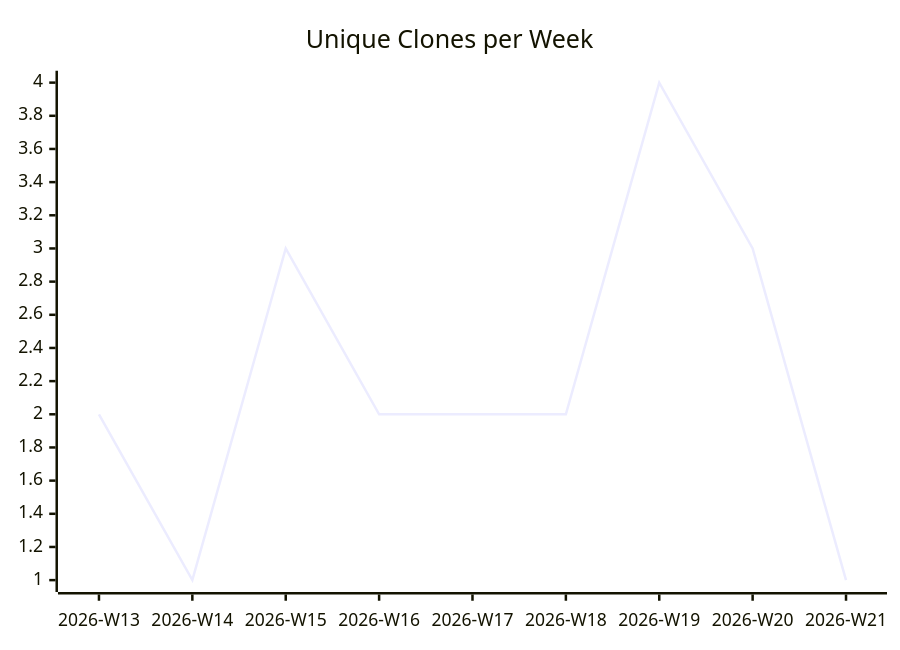
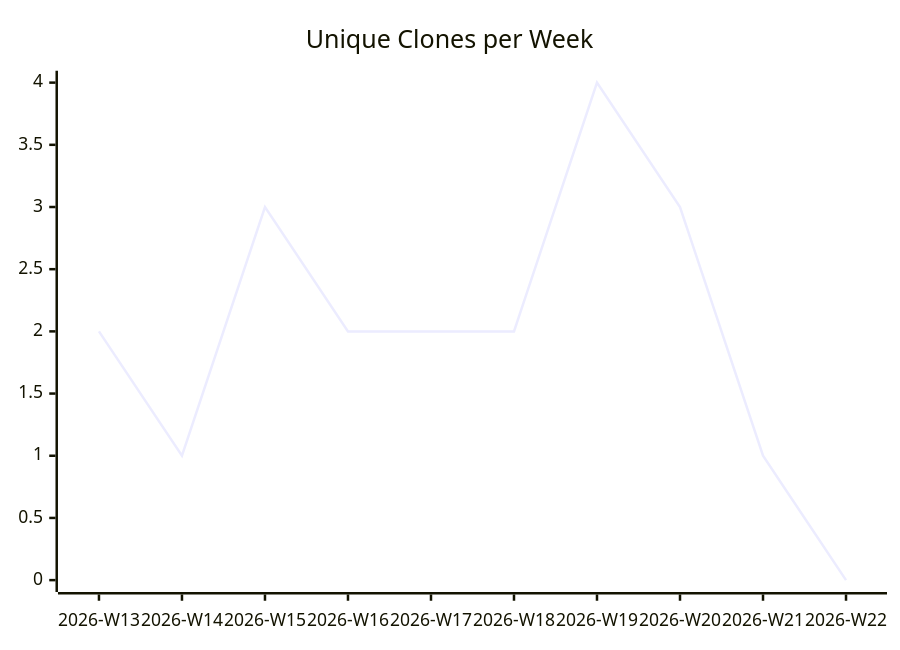
Before and after one commit to justdavis-family/github-analytics-data: the third of 3 diagrams in karlmdavis/kobjects/README.md, drawn with Mermaid. The commit also changed other lines of this file and 190 other files, not shown here.

````diff
--- a/karlmdavis/kobjects/README.md
+++ b/karlmdavis/kobjects/README.md
@@ -19,6 +19,6 @@
 ```mermaid
 xychart-beta
   title "Unique Clones per Week"
-  x-axis ["2026-W13", "2026-W14", "2026-W15", "2026-W16", "2026-W17", "2026-W18", "2026-W19", "2026-W20", "2026-W21"]
-  line [2, 1, 3, 2, 2, 2, 4, 3, 1]
+  x-axis ["2026-W13", "2026-W14", "2026-W15", "2026-W16", "2026-W17", "2026-W18", "2026-W19", "2026-W20", "2026-W21", "2026-W22"]
+  line [2, 1, 3, 2, 2, 2, 4, 3, 1, 0]
 ```
````
